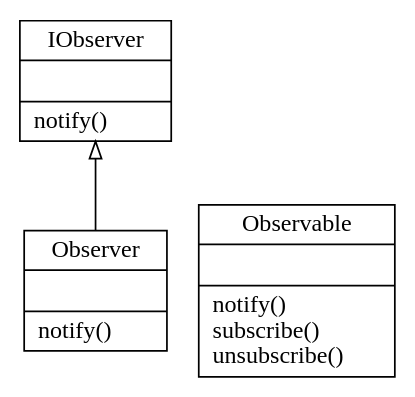
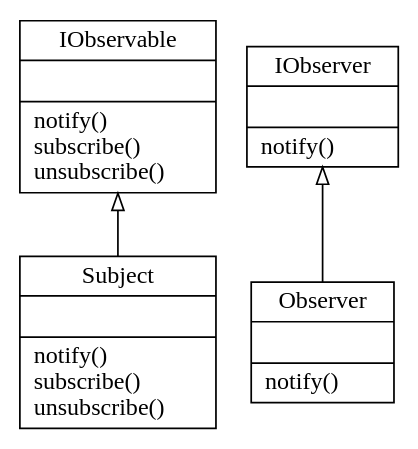
One commit to Sean-Bradley/Design-Patterns-In-Python changed the diagram in observer/classes.dot. Above: the diagram before and after it, drawn with Graphviz. The commit also changed 18 other files, not shown here.

```diff
--- a/observer/classes.dot
+++ b/observer/classes.dot
@@ -1,8 +1,10 @@
 digraph "classes" {
 charset="utf-8"
 rankdir=BT
-"0" [label="{IObserver|\l|notify()\l}", shape="record"];
-"1" [label="{Observable|\l|notify()\lsubscribe()\lunsubscribe()\l}", shape="record"];
+"0" [label="{IObservable|\l|notify()\lsubscribe()\lunsubscribe()\l}", shape="record"];
+"1" [label="{IObserver|\l|notify()\l}", shape="record"];
 "2" [label="{Observer|\l|notify()\l}", shape="record"];
-"2" -> "0" [arrowhead="empty", arrowtail="none"];
+"3" [label="{Subject|\l|notify()\lsubscribe()\lunsubscribe()\l}", shape="record"];
+"2" -> "1" [arrowhead="empty", arrowtail="none"];
+"3" -> "0" [arrowhead="empty", arrowtail="none"];
 }
```
